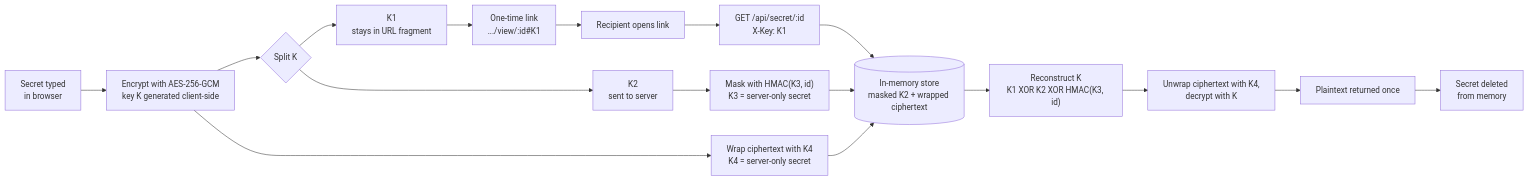
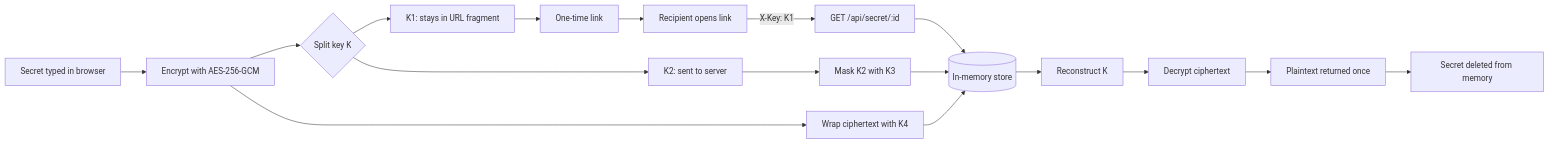
One commit to MALTOisHERE/onlyonce changed the diagram in README.md. Above: the diagram before and after it, drawn with Mermaid.

````diff
--- a/README.md
+++ b/README.md
@@ -20,21 +20,21 @@
 ```mermaid
 flowchart LR
-    A["Secret typed<br/>in browser"] --> B["Encrypt with AES-256-GCM<br/>key K generated client-side"]
-    B --> C{"Split K"}
-    C --> D["K1<br/>stays in URL fragment"]
-    C --> E["K2<br/>sent to server"]
+    A[Secret typed in browser] --> B[Encrypt with AES-256-GCM]
+    B --> C{Split key K}
+    C --> D[K1: stays in URL fragment]
+    C --> E[K2: sent to server]
 
-    E --> F["Mask with HMAC(K3, id)<br/>K3 = server-only secret"]
-    B --> G["Wrap ciphertext with K4<br/>K4 = server-only secret"]
-    F --> H[("In-memory store<br/>masked K2 + wrapped ciphertext")]
+    E --> F[Mask K2 with K3]
+    B --> G[Wrap ciphertext with K4]
+    F --> H[(In-memory store)]
     G --> H
 
-    D --> I["One-time link<br/>.../view/:id#K1"]
-    I --> J["Recipient opens link"]
-    J --> K["GET /api/secret/:id<br/>X-Key: K1"]
+    D --> I[One-time link]
+    I --> J[Recipient opens link]
+    J -->|X-Key: K1| K[GET /api/secret/:id]
     K --> H
-    H --> L["Reconstruct K<br/>K1 XOR K2 XOR HMAC(K3, id)"]
-    L --> M["Unwrap ciphertext with K4,<br/>decrypt with K"]
-    M --> N["Plaintext returned once"]
-    N --> O["Secret deleted<br/>from memory"]
+    H --> L[Reconstruct K]
+    L --> M[Decrypt ciphertext]
+    M --> N[Plaintext returned once]
+    N --> O[Secret deleted from memory]
 ```
````
